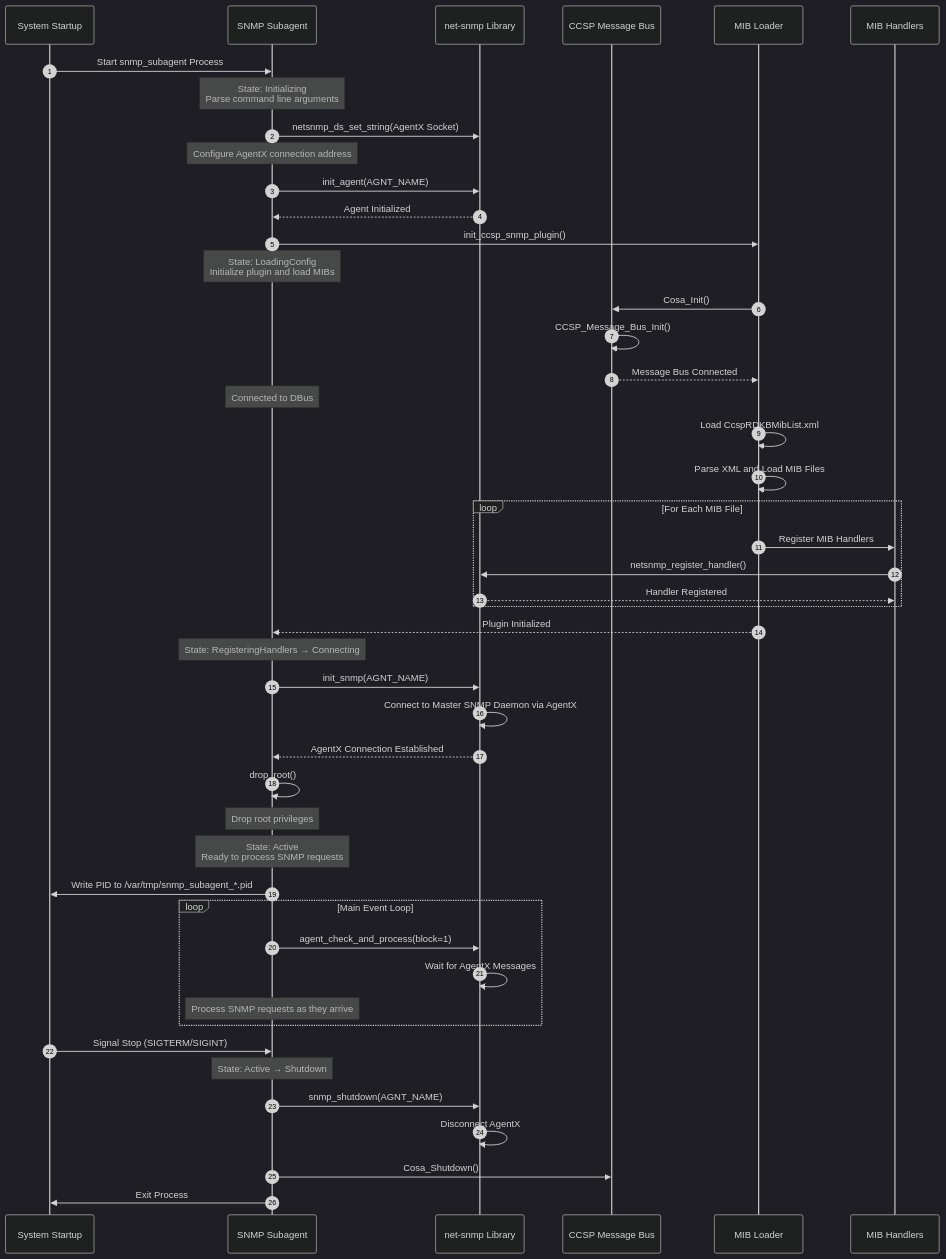
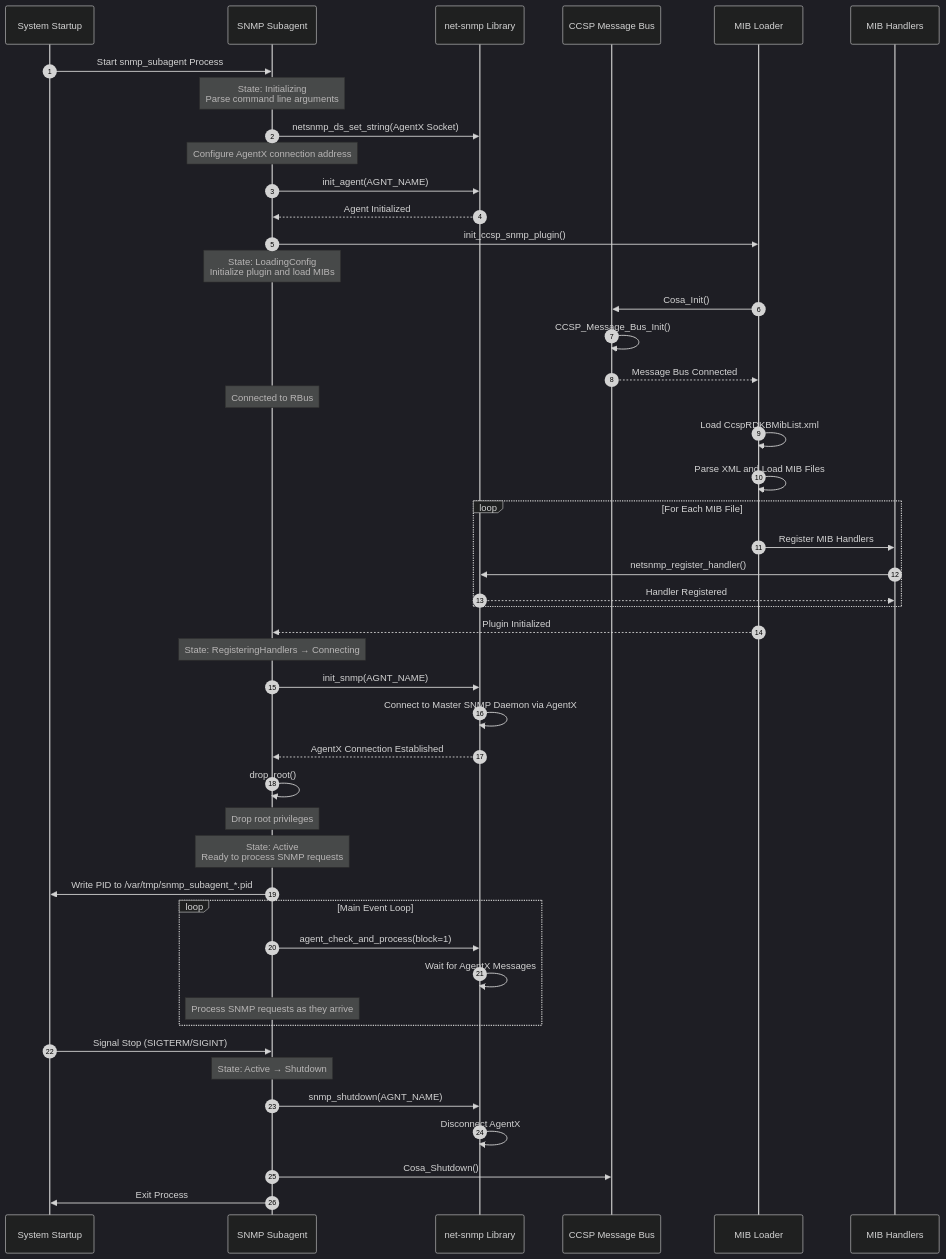
The third of 9 diagrams in docs/docu/dec17/snmp-protocol-agent-feb27.md (rns21/RDK_Documentation), drawn with Mermaid (dark theme) before and after one commit. The commit also changed other lines of this file, not shown here.

````diff
--- a/docs/docu/dec17/snmp-protocol-agent-feb27.md
+++ b/docs/docu/dec17/snmp-protocol-agent-feb27.md
@@ -215,62 +207,62 @@
 ```mermaid
 sequenceDiagram
     autonumber
     participant System as System Startup
     participant SubAgent as SNMP Subagent
     participant NetSNMP as net-snmp Library
     participant CCSP as CCSP Message Bus
     participant MIBLoader as MIB Loader
     participant Handlers as MIB Handlers
     
     System->>SubAgent: Start snmp_subagent Process
     Note over SubAgent: State: Initializing<br/>Parse command line arguments
     
     SubAgent->>NetSNMP: netsnmp_ds_set_string(AgentX Socket)
     Note over SubAgent: Configure AgentX connection address
     
     SubAgent->>NetSNMP: init_agent(AGNT_NAME)
     NetSNMP-->>SubAgent: Agent Initialized
     
     SubAgent->>MIBLoader: init_ccsp_snmp_plugin()
     Note over SubAgent: State: LoadingConfig<br/>Initialize plugin and load MIBs
     
     MIBLoader->>CCSP: Cosa_Init()
     CCSP->>CCSP: CCSP_Message_Bus_Init()
     CCSP-->>MIBLoader: Message Bus Connected
-    Note over SubAgent: Connected to DBus
+    Note over SubAgent: Connected to RBus
     
     MIBLoader->>MIBLoader: Load CcspRDKBMibList.xml
     MIBLoader->>MIBLoader: Parse XML and Load MIB Files
     
     loop For Each MIB File
         MIBLoader->>Handlers: Register MIB Handlers
         Handlers->>NetSNMP: netsnmp_register_handler()
         NetSNMP-->>Handlers: Handler Registered
     end
     
     MIBLoader-->>SubAgent: Plugin Initialized
     Note over SubAgent: State: RegisteringHandlers → Connecting
     
     SubAgent->>NetSNMP: init_snmp(AGNT_NAME)
     NetSNMP->>NetSNMP: Connect to Master SNMP Daemon via AgentX
     NetSNMP-->>SubAgent: AgentX Connection Established
     
     SubAgent->>SubAgent: drop_root()
     Note over SubAgent: Drop root privileges
     
     Note over SubAgent: State: Active<br/>Ready to process SNMP requests
     SubAgent->>System: Write PID to /var/tmp/snmp_subagent_*.pid
     
     loop Main Event Loop
         SubAgent->>NetSNMP: agent_check_and_process(block=1)
         NetSNMP->>NetSNMP: Wait for AgentX Messages
         Note over SubAgent: Process SNMP requests as they arrive
     end
     
     System->>SubAgent: Signal Stop (SIGTERM/SIGINT)
     Note over SubAgent: State: Active → Shutdown
     SubAgent->>NetSNMP: snmp_shutdown(AGNT_NAME)
     NetSNMP->>NetSNMP: Disconnect AgentX
     SubAgent->>CCSP: Cosa_Shutdown()
     SubAgent->>System: Exit Process
 ```
````
